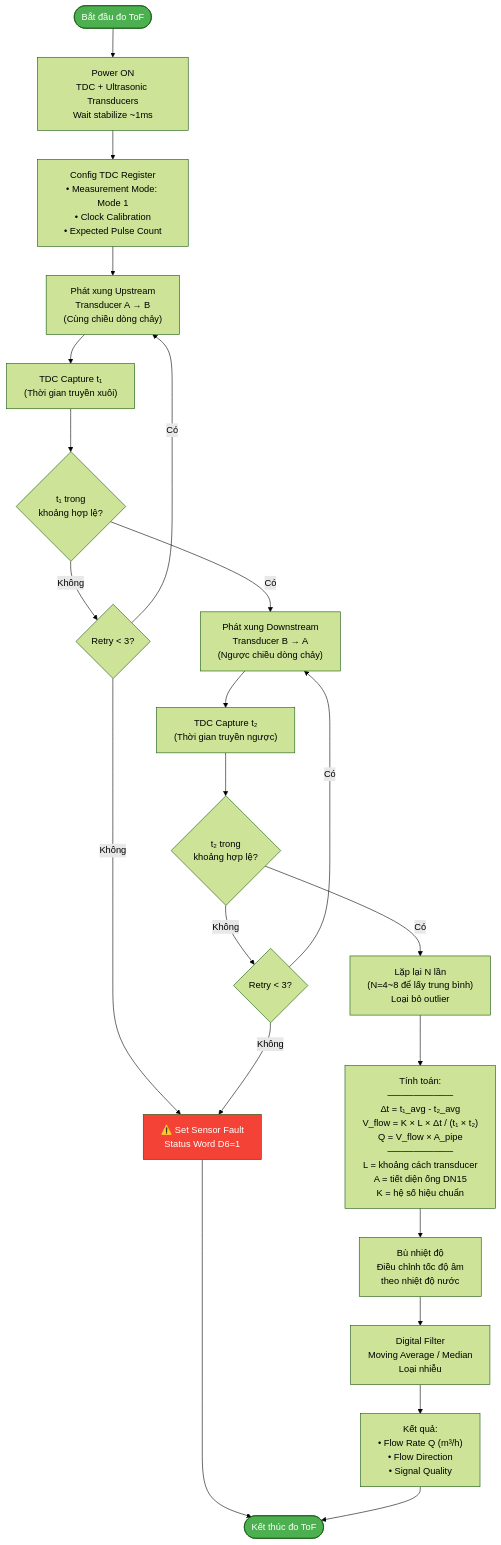
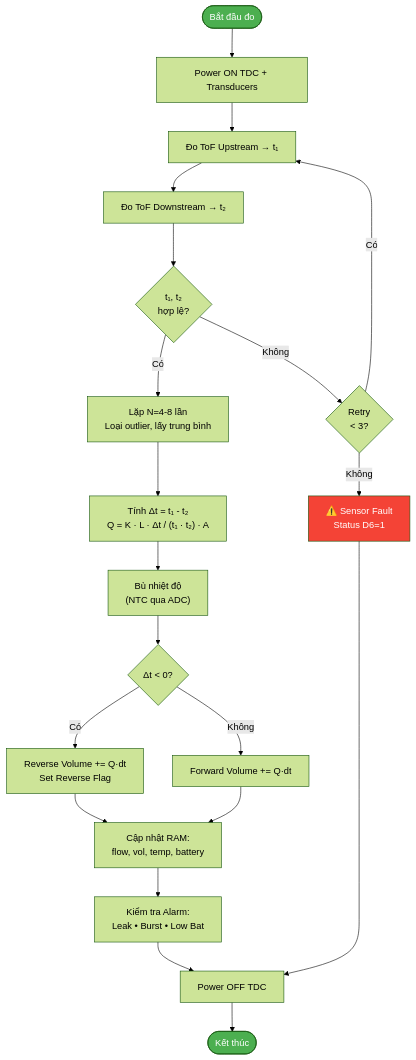
One commit to tuantran0707/WM changed the fourth of 8 diagrams in documentation/DUT/Firmware_Flowchart_BlockDiagram.md. Above: the diagram before and after it, drawn with Mermaid (forest theme). The commit also changed other lines of this file, not shown here.

Commit message:
fix firmware flowchart block diagram

````diff
--- a/documentation/DUT/Firmware_Flowchart_BlockDiagram.md
+++ b/documentation/DUT/Firmware_Flowchart_BlockDiagram.md
@@ -284,34 +137,27 @@
 ```mermaid
 flowchart TD
-    START_TOF([Bắt đầu đo ToF]) --> PWR_ON["Power ON<br/>TDC + Ultrasonic Transducers<br/>Wait stabilize ~1ms"]
+    A([Bắt đầu đo]) --> B["Power ON TDC + Transducers"]
+    B --> C["Đo ToF Upstream → t₁"]
+    C --> D["Đo ToF Downstream → t₂"]
+    D --> E{t₁, t₂<br/>hợp lệ?}
+    E -- Không --> F{Retry<br/>< 3?}
+    F -- Có --> C
+    F -- Không --> FAIL["⚠️ Sensor Fault<br/>Status D6=1"]
 
-    PWR_ON --> CONFIG["Config TDC Register<br/>• Measurement Mode: Mode 1<br/>• Clock Calibration<br/>• Expected Pulse Count"]
+    E -- Có --> G["Lặp N=4-8 lần<br/>Loại outlier, lấy trung bình"]
+    G --> H["Tính Δt = t₁ - t₂<br/>Q = K · L · Δt / (t₁ · t₂) · A"]
+    H --> I["Bù nhiệt độ<br/>(NTC qua ADC)"]
+    I --> J{Δt < 0?}
+    J -- Có --> K["Reverse Volume += Q·dt<br/>Set Reverse Flag"]
+    J -- Không --> L["Forward Volume += Q·dt"]
+    K --> M["Cập nhật RAM:<br/>flow, vol, temp, battery"]
+    L --> M
+    M --> N["Kiểm tra Alarm:<br/>Leak • Burst • Low Bat"]
+    N --> O["Power OFF TDC"]
+    FAIL --> O
+    O --> END([Kết thúc])
 
-    CONFIG --> TX_UP["Phát xung Upstream<br/>Transducer A → B<br/>(Cùng chiều dòng chảy)"]
-    TX_UP --> CAP_T1["TDC Capture t₁<br/>(Thời gian truyền xuôi)"]
-    CAP_T1 --> VALID_T1{t₁ trong<br/>khoảng hợp lệ?}
-    VALID_T1 -- Không --> RETRY1{Retry < 3?}
-    RETRY1 -- Có --> TX_UP
-    RETRY1 -- Không --> FAULT["⚠️ Set Sensor Fault<br/>Status Word D6=1"]
-    FAULT --> END_TOF
-
-    VALID_T1 -- Có --> TX_DN["Phát xung Downstream<br/>Transducer B → A<br/>(Ngược chiều dòng chảy)"]
-    TX_DN --> CAP_T2["TDC Capture t₂<br/>(Thời gian truyền ngược)"]
-    CAP_T2 --> VALID_T2{t₂ trong<br/>khoảng hợp lệ?}
-    VALID_T2 -- Không --> RETRY2{Retry < 3?}
-    RETRY2 -- Có --> TX_DN
-    RETRY2 -- Không --> FAULT
-
-    VALID_T2 -- Có --> MULTI["Lặp lại N lần<br/>(N=4~8 để lấy trung bình)<br/>Loại bỏ outlier"]
-    MULTI --> CALC["Tính toán:<br/>──────────<br/>Δt = t₁_avg - t₂_avg<br/>V_flow = K × L × Δt / (t₁ × t₂)<br/>Q = V_flow × A_pipe<br/>──────────<br/>L = khoảng cách transducer<br/>A = tiết diện ống DN15<br/>K = hệ số hiệu chuẩn"]
-
-    CALC --> TEMP_COMP["Bù nhiệt độ<br/>Điều chỉnh tốc độ âm<br/>theo nhiệt độ nước"]
-    TEMP_COMP --> FILTER["Digital Filter<br/>Moving Average / Median<br/>Loại nhiễu"]
-    FILTER --> RESULT["Kết quả:<br/>• Flow Rate Q (m³/h)<br/>• Flow Direction<br/>• Signal Quality"]
-
-    RESULT --> END_TOF([Kết thúc đo ToF])
-
-    style START_TOF fill:#4CAF50,color:#fff
-    style END_TOF fill:#4CAF50,color:#fff
-    style FAULT fill:#f44336,color:#fff
+    style A fill:#4CAF50,color:#fff
+    style END fill:#4CAF50,color:#fff
+    style FAIL fill:#f44336,color:#fff
 ```
````
